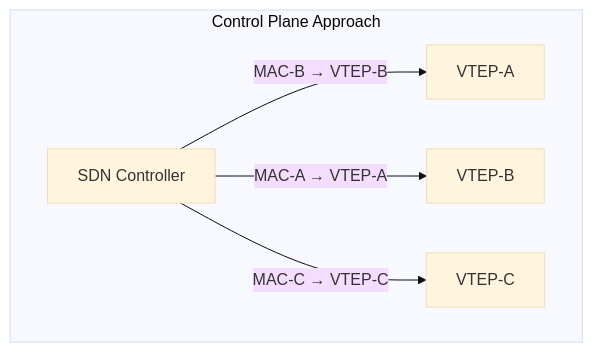
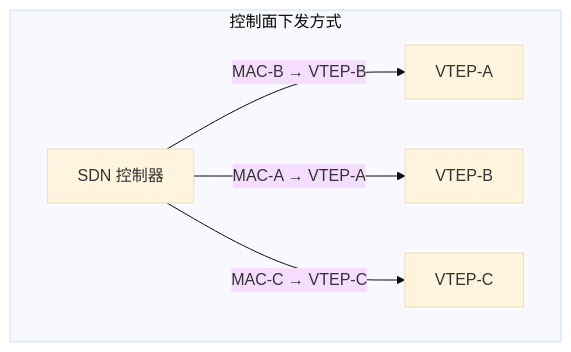
One commit to caozhiyi/network-book changed the second of 3 diagrams in docs/05.给包裹再套一层VxLAN与Overlay网络.md. Above: the diagram before and after it, drawn with Mermaid (base theme). The commit also changed other lines of this file and 77 other files, not shown here.

````diff
--- a/docs/05.给包裹再套一层VxLAN与Overlay网络.md
+++ b/docs/05.给包裹再套一层VxLAN与Overlay网络.md
@@ -148,8 +150,8 @@
 ```mermaid
 graph TB
-    subgraph "Control Plane Approach"
-        Controller[SDN Controller] -->|"MAC-B → VTEP-B"| VTEP1[VTEP-A]
+    subgraph "控制面下发方式"
+        Controller[SDN 控制器] -->|"MAC-B → VTEP-B"| VTEP1[VTEP-A]
         Controller -->|"MAC-A → VTEP-A"| VTEP2[VTEP-B]
         Controller -->|"MAC-C → VTEP-C"| VTEP3[VTEP-C]
     end
 ```
````
